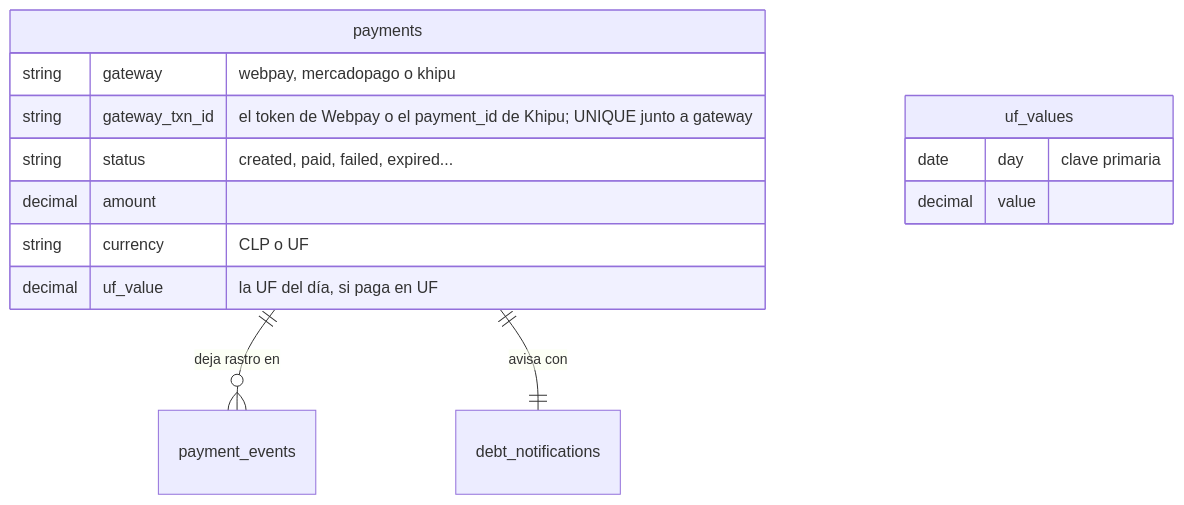
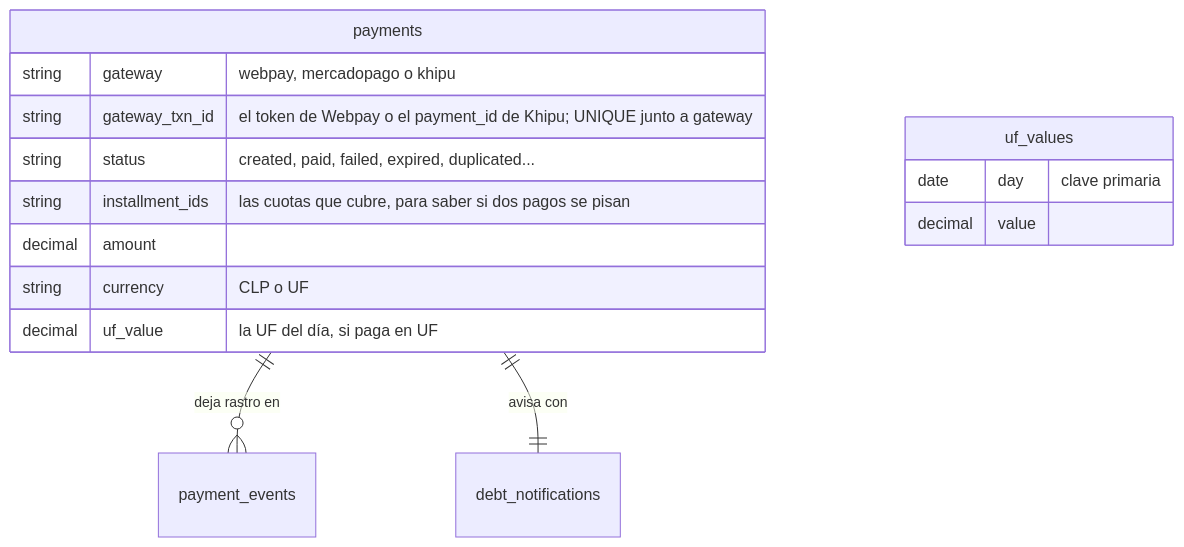
Before and after one commit to TechnicalBridge/TB_web: the fourth of 7 diagrams in README.md, drawn with Mermaid. The commit also changed other lines of this file and 22 other files, not shown here.

First line of the commit message:
Pagos: nadie paga dos veces ni se pierde un pago mientras la pasarela verifica

````diff
--- a/README.md
+++ b/README.md
@@ -596,17 +597,18 @@
 ```mermaid
 erDiagram
     payments ||--o{ payment_events     : "deja rastro en"
     payments ||--|| debt_notifications : "avisa con"
     payments {
         string gateway "webpay, mercadopago o khipu"
         string gateway_txn_id "el token de Webpay o el payment_id de Khipu; UNIQUE junto a gateway"
-        string status "created, paid, failed, expired..."
+        string status "created, paid, failed, expired, duplicated..."
+        string installment_ids "las cuotas que cubre, para saber si dos pagos se pisan"
         decimal amount
         string currency "CLP o UF"
         decimal uf_value "la UF del día, si paga en UF"
     }
     uf_values {
         date day "clave primaria"
         decimal value
     }
 ```
````
